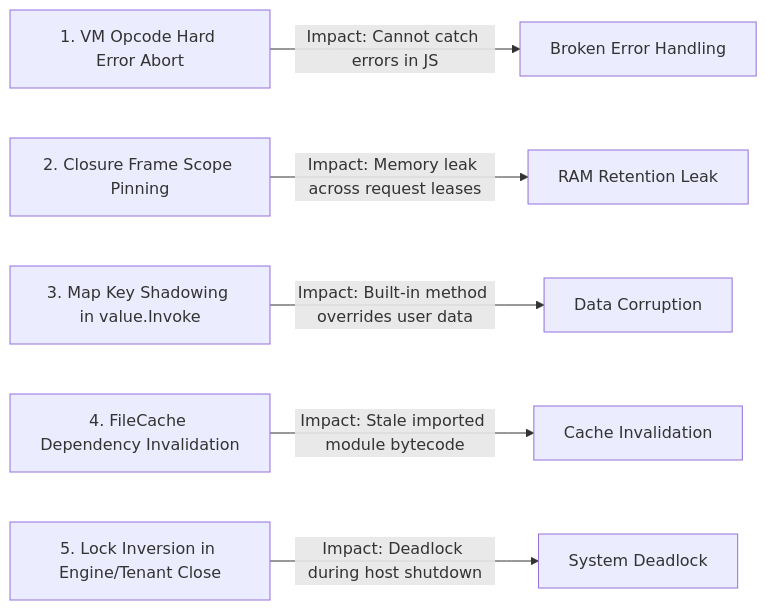
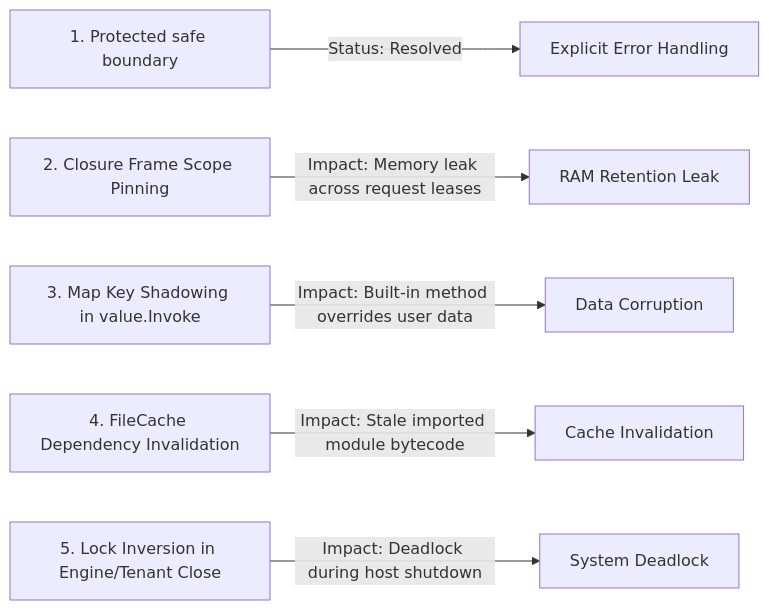
Before and after one commit to kitwork/engine: the diagram in docs/reports/technical-risks.md, drawn with Mermaid. The commit also changed other lines of this file and 25 other files, not shown here.

Commit message:
feat(vm): add protected safe evaluation

````diff
--- a/docs/reports/technical-risks.md
+++ b/docs/reports/technical-risks.md
@@ -9,8 +9,8 @@
 ```mermaid
 graph LR
-    TR1[1. VM Opcode Hard Error Abort] --> |Impact: Cannot catch errors in JS| HighRisk1[Broken Error Handling]
+    TR1[1. Protected safe boundary] --> |Status: Resolved| HighRisk1[Explicit Error Handling]
     TR2[2. Closure Frame Scope Pinning] --> |Impact: Memory leak across request leases| HighRisk2[RAM Retention Leak]
     TR3[3. Map Key Shadowing in value.Invoke] --> |Impact: Built-in method overrides user data| HighRisk3[Data Corruption]
     TR4[4. FileCache Dependency Invalidation] --> |Impact: Stale imported module bytecode| HighRisk4[Cache Invalidation]
     TR5[5. Lock Inversion in Engine/Tenant Close] --> |Impact: Deadlock during host shutdown| HighRisk5[System Deadlock]
 ```
````
